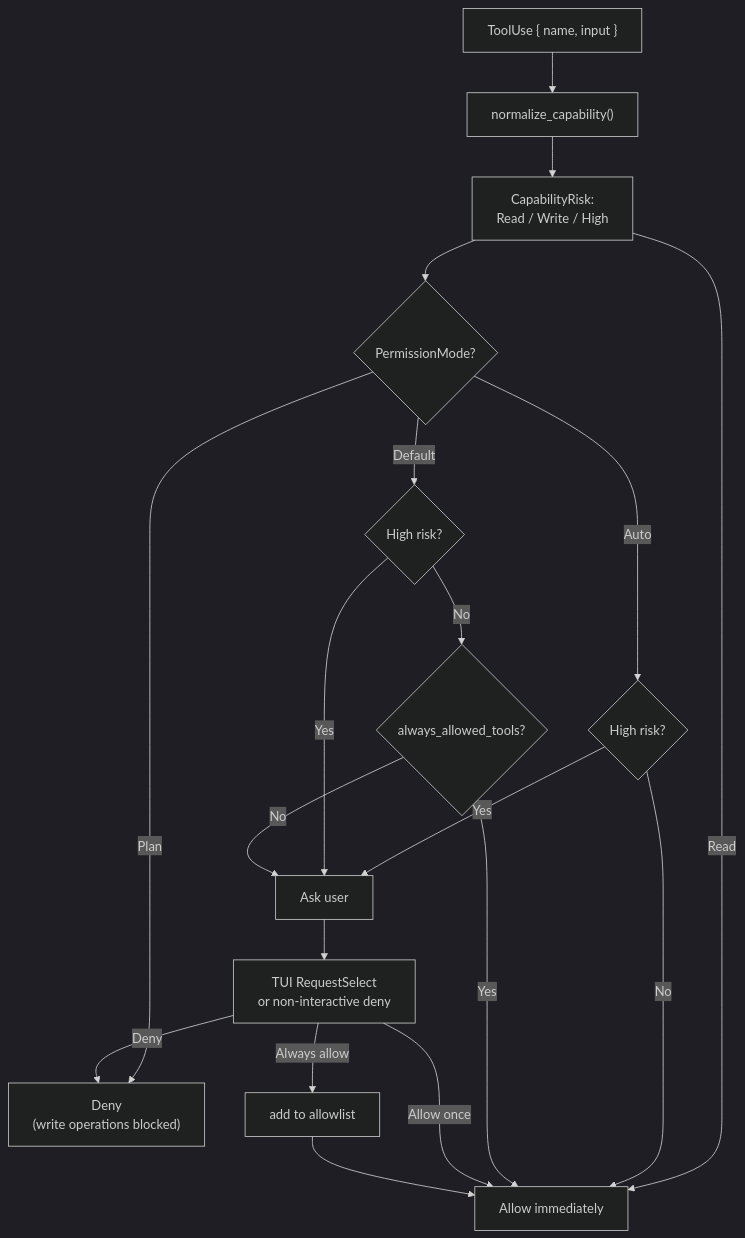
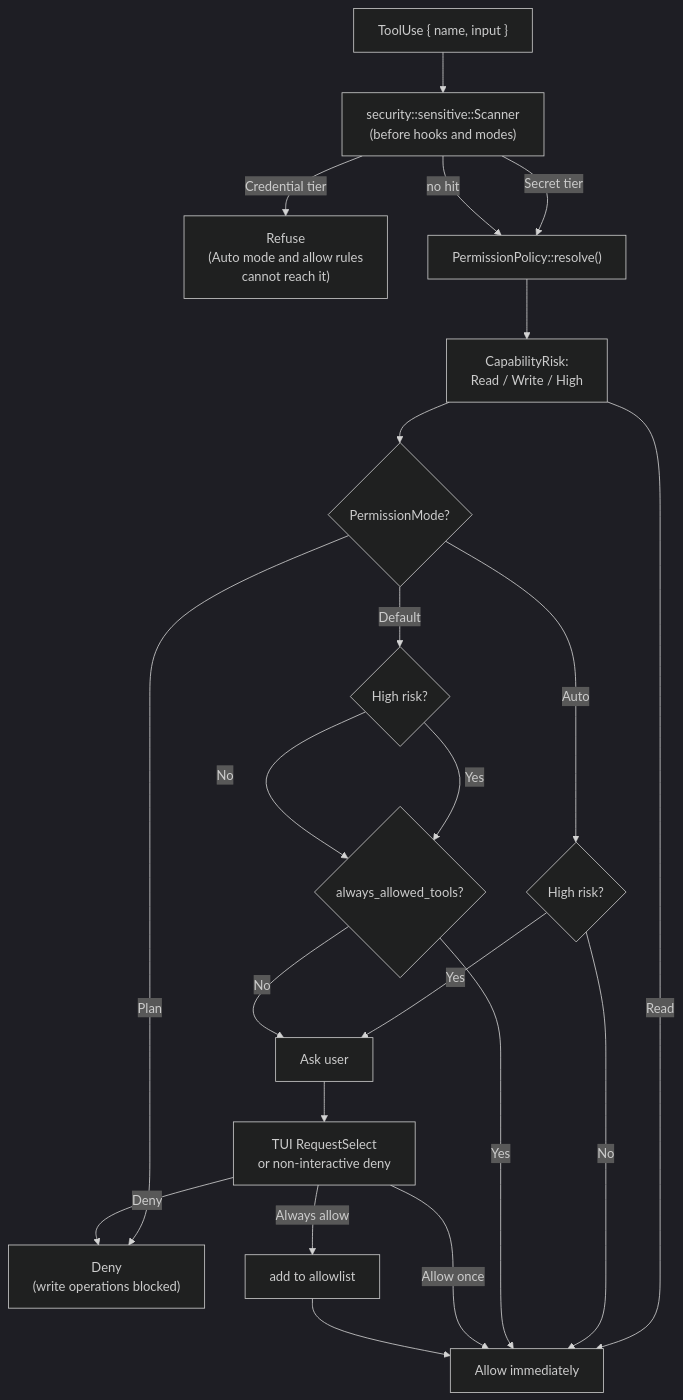
Before and after one commit to rust-infra/tact: the fourth of 10 diagrams in ARCHITECTURE.md, drawn with Mermaid (dark theme). The commit also changed other lines of this file and 303 other files, not shown here.

````diff
--- a/ARCHITECTURE.md
+++ b/ARCHITECTURE.md
@@ -233,27 +233,31 @@
 ```mermaid
 flowchart TD
-    ToolCall["ToolUse { name, input }"] --> Normalize["normalize_capability()"]
-    Normalize --> Risk["CapabilityRisk:<br/>Read / Write / High"]
+    ToolCall["ToolUse { name, input }"] --> Guard["security::sensitive::Scanner<br/>(before hooks and modes)"]
+    Guard -- "Credential tier" --> Refuse["Refuse<br/>(Auto mode and allow rules<br/>cannot reach it)"]
+    Guard -- "Secret tier" --> Normalize
+    Guard -- "no hit" --> Normalize
+
+    Normalize["PermissionPolicy::resolve()"] --> Risk["CapabilityRisk:<br/>Read / Write / High"]
 
     Risk -- Read --> Allow["Allow immediately"]
     Risk --> Mode{"PermissionMode?"}
 
     Mode -- Plan --> Deny["Deny<br/>(write operations blocked)"]
     Mode -- Auto --> AutoCheck{"High risk?"}
     Mode -- Default --> DefaultCheck{"High risk?"}
 
     AutoCheck -- Yes --> Ask["Ask user"]
     AutoCheck -- No --> Allow
 
-    DefaultCheck -- Yes --> Ask
-    DefaultCheck -- No --> AlwaysAllowed{"always_allowed_tools?"}
+    DefaultCheck -- Yes --> AlwaysAllowed{"always_allowed_tools?"}
+    DefaultCheck -- No --> AlwaysAllowed
 
     AlwaysAllowed -- Yes --> Allow
     AlwaysAllowed -- No --> Ask
 
     Ask --> UserChoice["TUI RequestSelect<br/>or non-interactive deny"]
     UserChoice -- Allow once --> Allow
     UserChoice -- Always allow --> Update["add to allowlist"]
     Update --> Allow
     UserChoice -- Deny --> Deny
 ```
````
